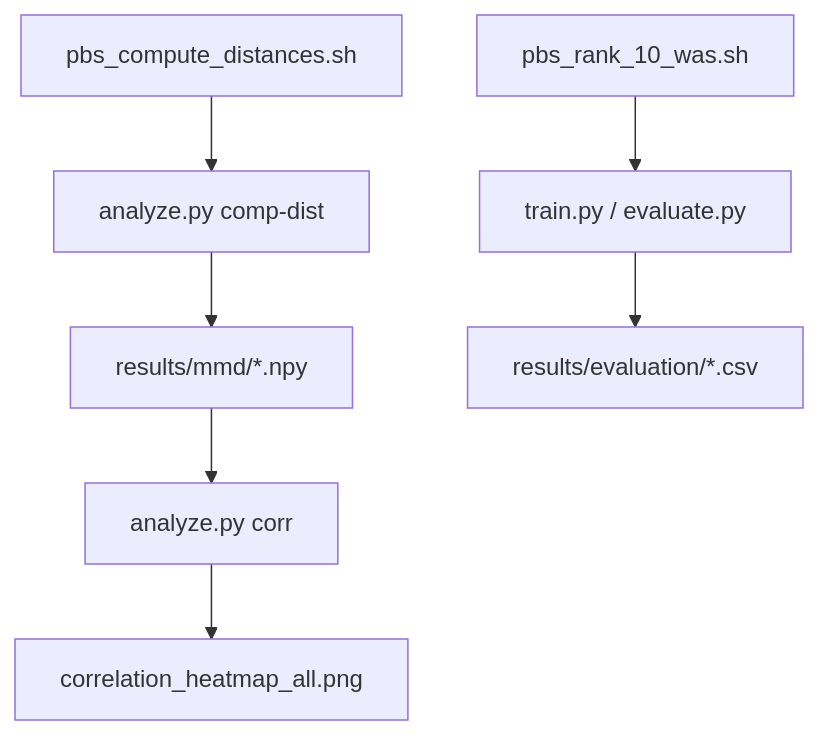
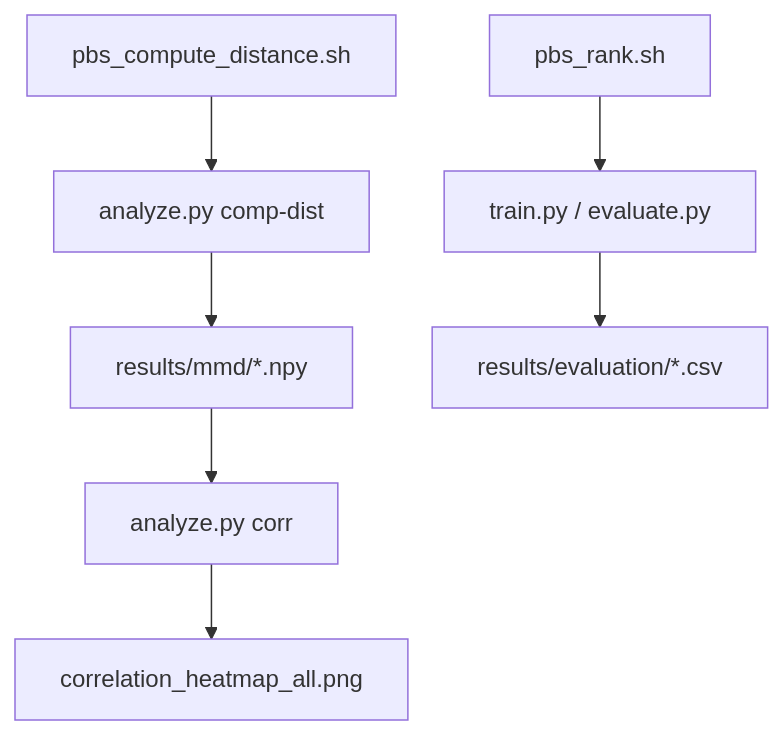
Before and after one commit to YutaroNakagama/vehicle_based_DDD_comparison: the fifth of 5 diagrams in docs/source/guide/developer_guide.md, drawn with Mermaid. The commit also changed other lines of this file, not shown here.

````diff
--- a/docs/source/guide/developer_guide.md
+++ b/docs/source/guide/developer_guide.md
@@ -276,9 +294,9 @@
 ```mermaid
 graph TD
-  pbs_compute["pbs_compute_distances.sh"] --> analyze_comp["analyze.py comp-dist"]
+  pbs_compute["pbs_compute_distance.sh"] --> analyze_comp["analyze.py comp-dist"]
   analyze_comp --> results_mmd["results/mmd/*.npy"]
-  pbs_rank["pbs_rank_10_was.sh"] --> train_eval["train.py / evaluate.py"]
+  pbs_rank["pbs_rank.sh"] --> train_eval["train.py / evaluate.py"]
   train_eval --> results_eval["results/evaluation/*.csv"]
   results_mmd --> analyze_corr["analyze.py corr"]
   analyze_corr --> heatmap["correlation_heatmap_all.png"]
 ```
````
